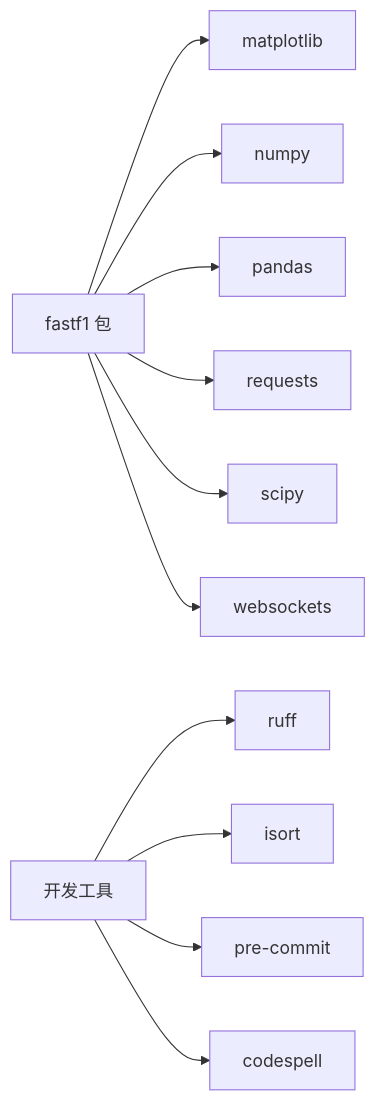
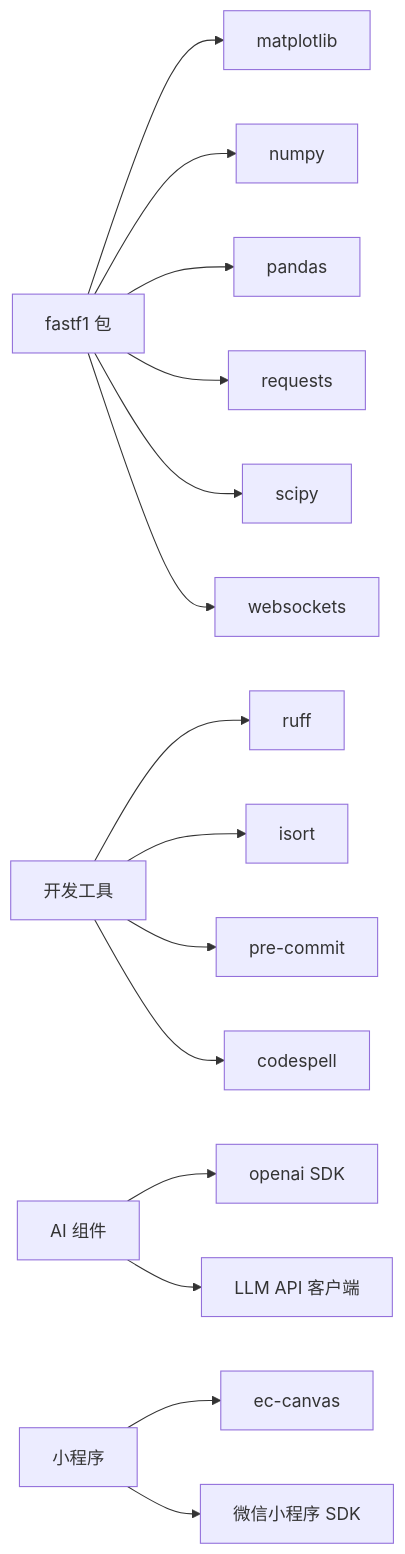
The seventh of 7 diagrams in .qoder/repowiki/zh/content/开发者指南/开发者指南.md (jianai0330/Fast-F1), drawn with Mermaid before and after one commit. The commit also changed other lines of this file and 22 other files, not shown here.

````diff
--- a/.qoder/repowiki/zh/content/开发者指南/开发者指南.md
+++ b/.qoder/repowiki/zh/content/开发者指南/开发者指南.md
@@ -273,13 +382,17 @@
 ```mermaid
 graph LR
 FastF1["fastf1 包"] --> Matplotlib["matplotlib"]
 FastF1 --> Numpy["numpy"]
 FastF1 --> Pandas["pandas"]
 FastF1 --> Requests["requests"]
 FastF1 --> Scipy["scipy"]
 FastF1 --> Websockets["websockets"]
 DevTools["开发工具"] --> Ruff["ruff"]
 DevTools --> Isort["isort"]
 DevTools --> PreCommit["pre-commit"]
 DevTools --> Codespell["codespell"]
+AI["AI 组件"] --> OpenAI["openai SDK"]
+AI --> LLM["LLM API 客户端"]
+Mini["小程序"] --> ECharts["ec-canvas"]
+Mini --> WX["微信小程序 SDK"]
 ```
````
